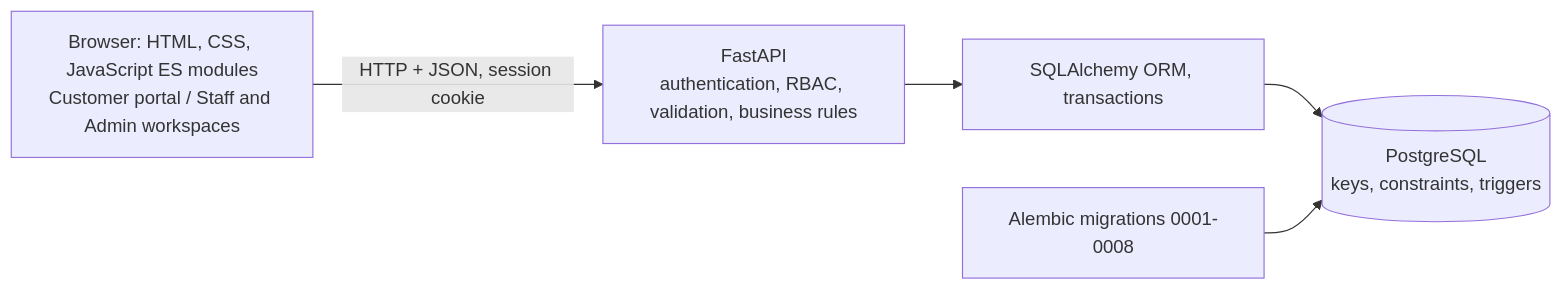
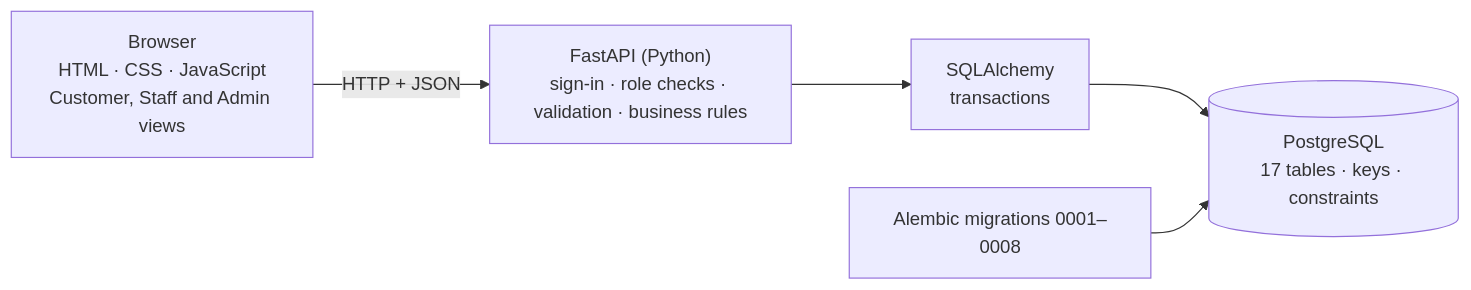
The fourth of 4 diagrams in README.md (AhmdSahilNr/PetOps), drawn with Mermaid before and after one commit. The commit also changed other lines of this file and 20 other files, not shown here.

````diff
--- a/README.md
+++ b/README.md
@@ -112,7 +116,7 @@
 ```mermaid
 flowchart LR
-    Browser["Browser: HTML, CSS, JavaScript ES modules<br>Customer portal / Staff and Admin workspaces"] -->|HTTP + JSON, session cookie| API["FastAPI<br>authentication, RBAC, validation, business rules"]
-    API --> ORM[SQLAlchemy ORM, transactions]
-    ORM --> DB[(PostgreSQL<br>keys, constraints, triggers)]
-    Alembic[Alembic migrations 0001-0008] --> DB
+    Browser["Browser<br/>HTML · CSS · JavaScript<br/>Customer, Staff and Admin views"] -->|HTTP + JSON| API["FastAPI (Python)<br/>sign-in · role checks · validation · business rules"]
+    API --> ORM["SQLAlchemy<br/>transactions"]
+    ORM --> DB[("PostgreSQL<br/>17 tables · keys · constraints")]
+    Mig["Alembic migrations 0001–0008"] --> DB
 ```
````
